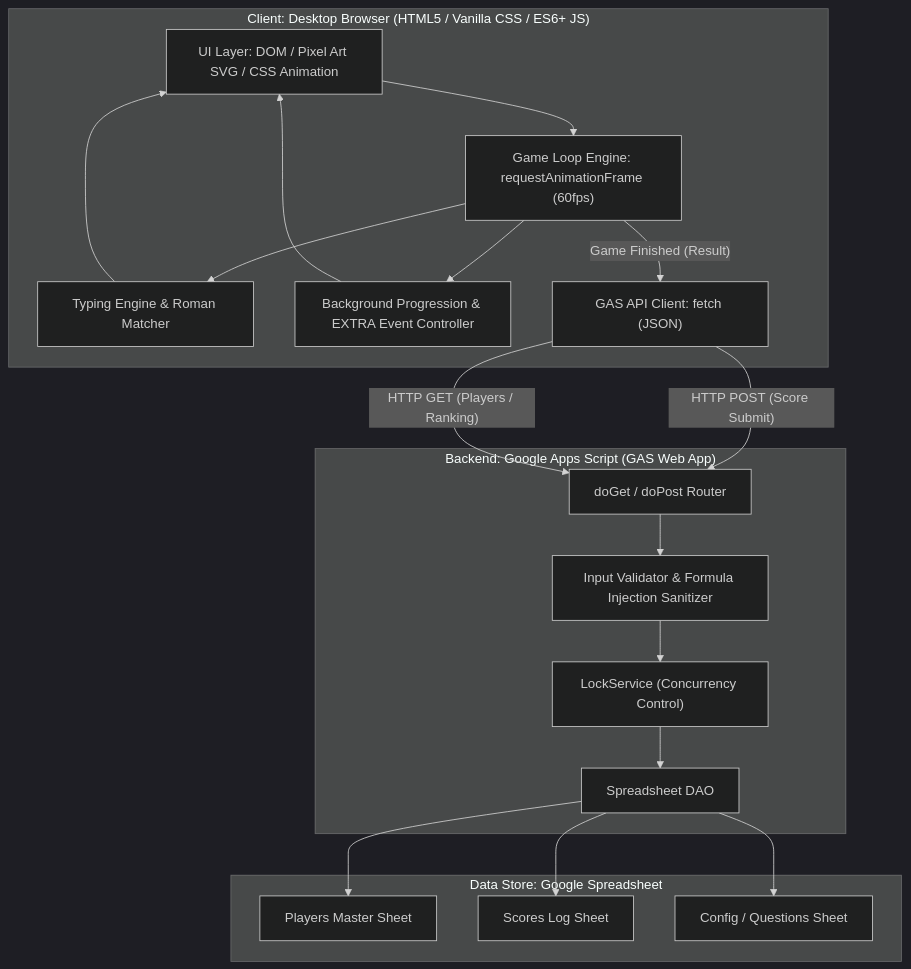
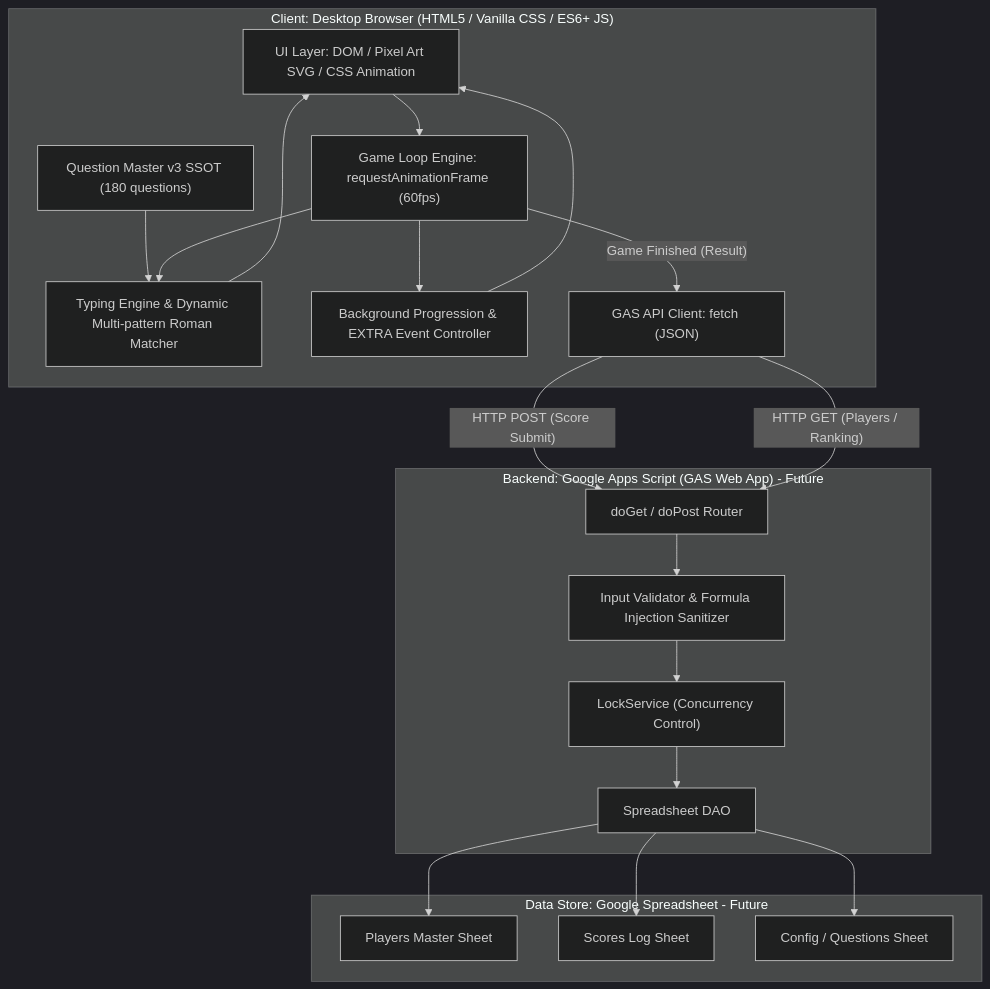
One commit to mikisaa/takamiya-typing-game changed the diagram in docs/03_architecture.md. Above: the diagram before and after it, drawn with Mermaid (dark theme). The commit also changed other lines of this file and 7 other files, not shown here.

Commit message:
feat: integrate Question Master v3 SSOT and Dynamic Timing Model into planning (PLANNING_READY)

````diff
--- a/docs/03_architecture.md
+++ b/docs/03_architecture.md
@@ -7,38 +7,40 @@
 ```mermaid
 graph TD
     subgraph Client ["Client: Desktop Browser (HTML5 / Vanilla CSS / ES6+ JS)"]
         UI["UI Layer: DOM / Pixel Art SVG / CSS Animation"]
         GLE["Game Loop Engine: requestAnimationFrame (60fps)"]
-        TEM["Typing Engine & Roman Matcher"]
+        TEM["Typing Engine & Dynamic Multi-pattern Roman Matcher"]
         BGM["Background Progression & EXTRA Event Controller"]
         GAC["GAS API Client: fetch (JSON)"]
+        QDATA["Question Master v3 SSOT (180 questions)"]
     end
 
-    subgraph Backend ["Backend: Google Apps Script (GAS Web App)"]
+    subgraph Backend ["Backend: Google Apps Script (GAS Web App) - Future"]
         ROUTER["doGet / doPost Router"]
         VAL["Input Validator & Formula Injection Sanitizer"]
         LOCK["LockService (Concurrency Control)"]
         DAO["Spreadsheet DAO"]
     end
 
-    subgraph Storage ["Data Store: Google Spreadsheet"]
+    subgraph Storage ["Data Store: Google Spreadsheet - Future"]
         S_PLAYERS["Players Master Sheet"]
         S_SCORES["Scores Log Sheet"]
         S_CONFIG["Config / Questions Sheet"]
     end
 
+    QDATA --> TEM
     UI --> GLE
     GLE --> TEM
     GLE --> BGM
     TEM --> UI
     BGM --> UI
     GLE -- "Game Finished (Result)" --> GAC
     GAC -- "HTTP POST (Score Submit)" --> ROUTER
     GAC -- "HTTP GET (Players / Ranking)" --> ROUTER
     ROUTER --> VAL
     VAL --> LOCK
     LOCK --> DAO
     DAO --> S_PLAYERS
     DAO --> S_SCORES
     DAO --> S_CONFIG
 ```
````
